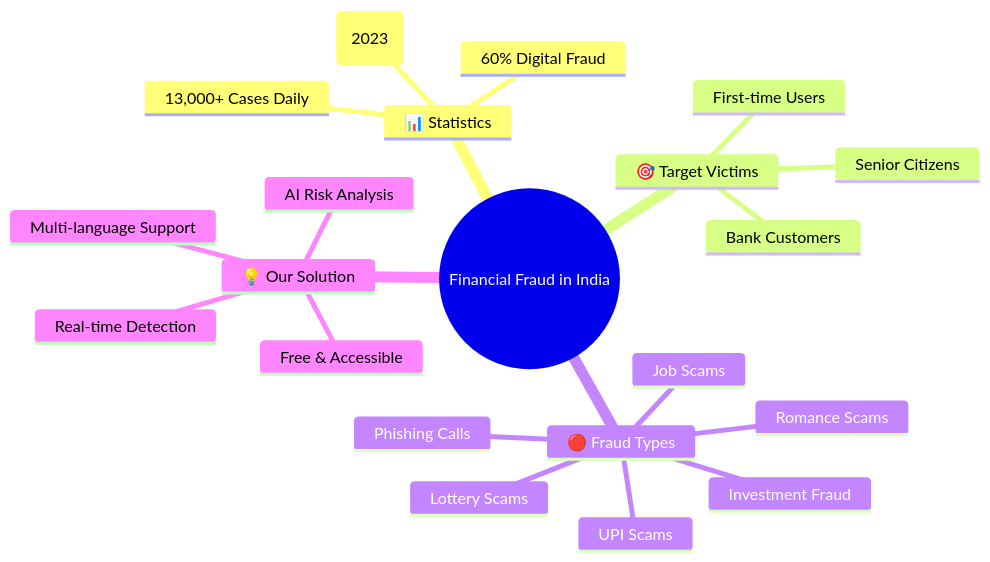
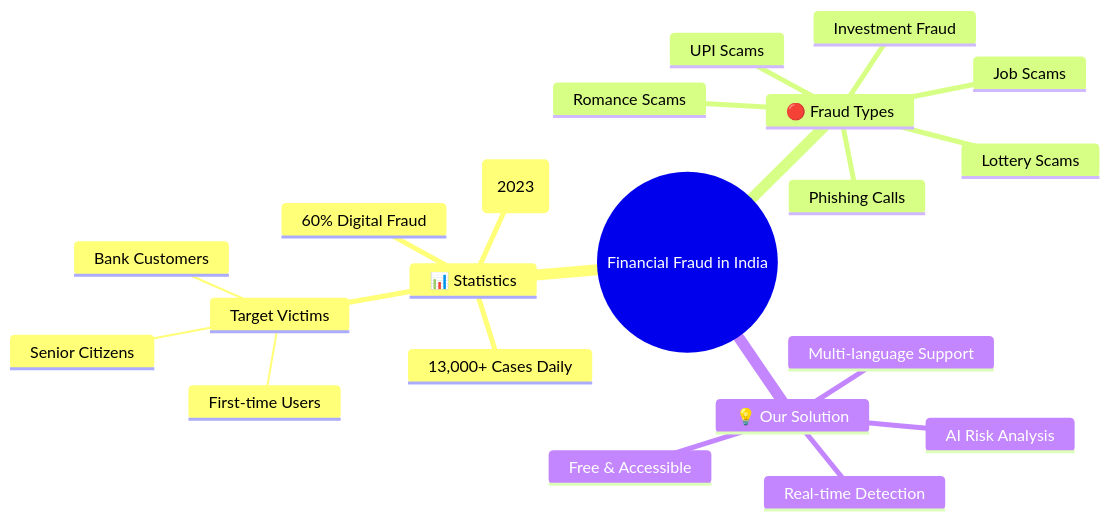
Before and after one commit to anshsharmacse/Fraudprevent-agent_ansh: the second of 9 diagrams in README.md, drawn with Mermaid. The commit also changed other lines of this file, not shown here.

````diff
--- a/README.md
+++ b/README.md
@@ -139,24 +139,24 @@
 ```mermaid
 mindmap
   root((Financial Fraud in India))
     📊 Statistics
       ₹1.75 Lakh Crore Lost (2023)
       13,000+ Cases Daily
       60% Digital Fraud
-    🎯 Target Victims
+     Target Victims
       Bank Customers
       Senior Citizens
       First-time Users
     🔴 Fraud Types
       UPI Scams
       Phishing Calls
       Investment Fraud
       Lottery Scams
       Job Scams
       Romance Scams
     💡 Our Solution
       Real-time Detection
       AI Risk Analysis
       Multi-language Support
       Free & Accessible
 ```
````
